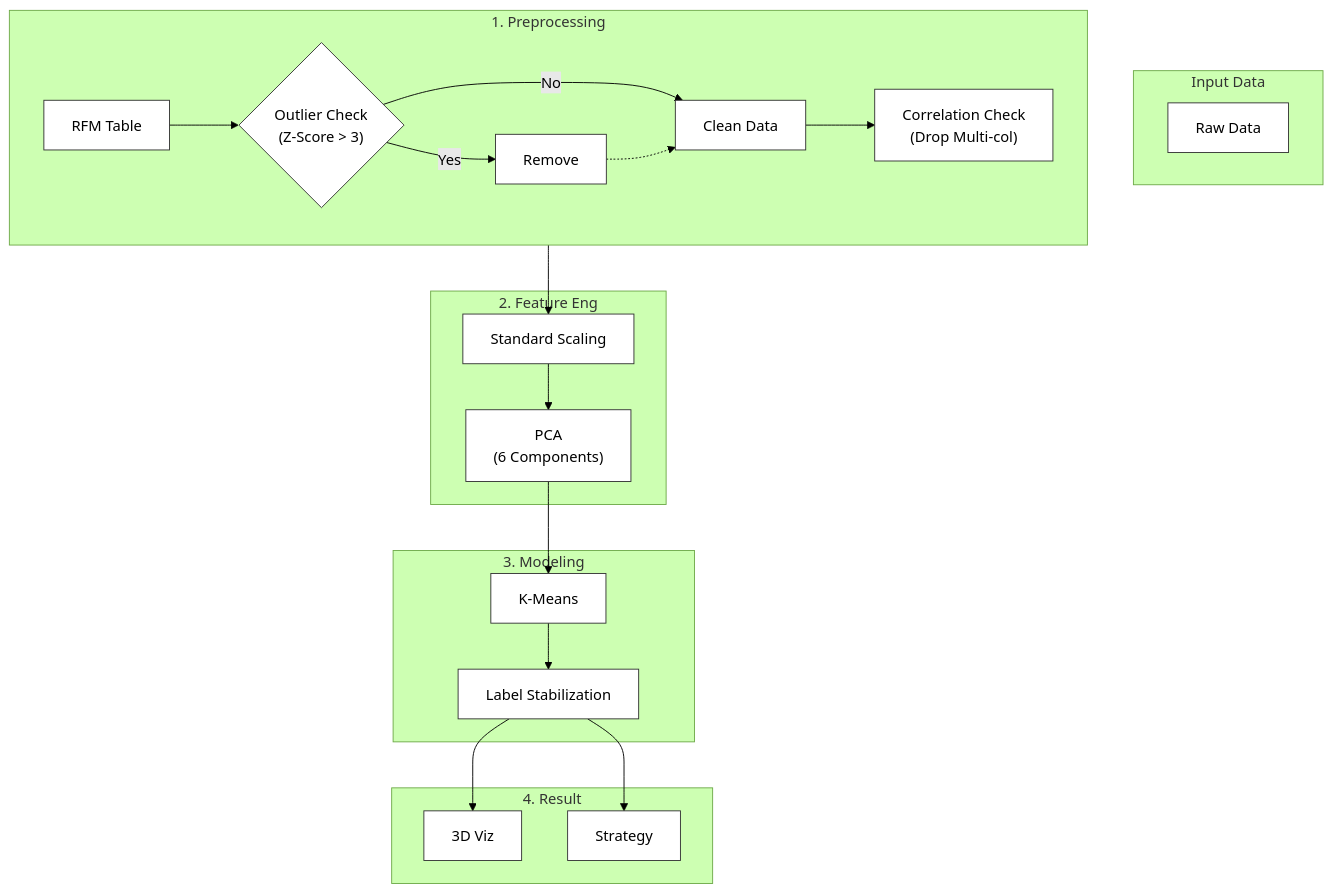
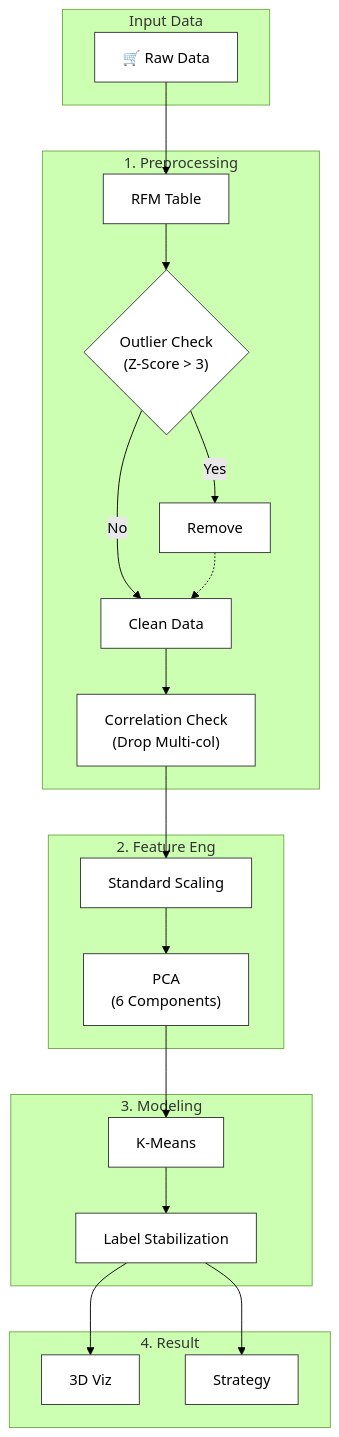
Before and after one commit to Chankyu99/Customer_Segmentation_RFM: the diagram in README.md, drawn with Mermaid (forest theme). The commit also changed other lines of this file, not shown here.

````diff
--- a/README.md
+++ b/README.md
@@ -2,34 +10,35 @@
 ```mermaid
 graph TD
     %% 스타일 정의: 흰색 배경, 검은색 테두리, 검은색 글씨
     classDef mono fill:#ffffff,stroke:#333,stroke-width:1px,color:#000000;
 
     subgraph Input ["Input Data"]
-    direction LR
-    A[Raw Data]:::mono
+    A[🛒 Raw Data]:::mono
     end
 
     subgraph Preprocessing ["1. Preprocessing"]
-    direction LR
     B[RFM Table]:::mono --> C{"Outlier Check<br>(Z-Score > 3)"}:::mono
     C -- Yes --> D[Remove]:::mono
     C -- No --> E[Clean Data]:::mono
     D -.-> E
     E --> F["Correlation Check<br>(Drop Multi-col)"]:::mono
     end
 
     subgraph Feature ["2. Feature Eng"]
     F --> G[Standard Scaling]:::mono
     G --> H["PCA<br>(6 Components)"]:::mono
     end
 
     subgraph Modeling ["3. Modeling"]
     H --> I[K-Means]:::mono
     I --> J[Label Stabilization]:::mono
     end
 
     subgraph Output ["4. Result"]
     J --> K[3D Viz]:::mono
     J --> L[Strategy]:::mono
     end
+
+    %% 서브그래프 간 연결
+    A --> B
 ```
````
